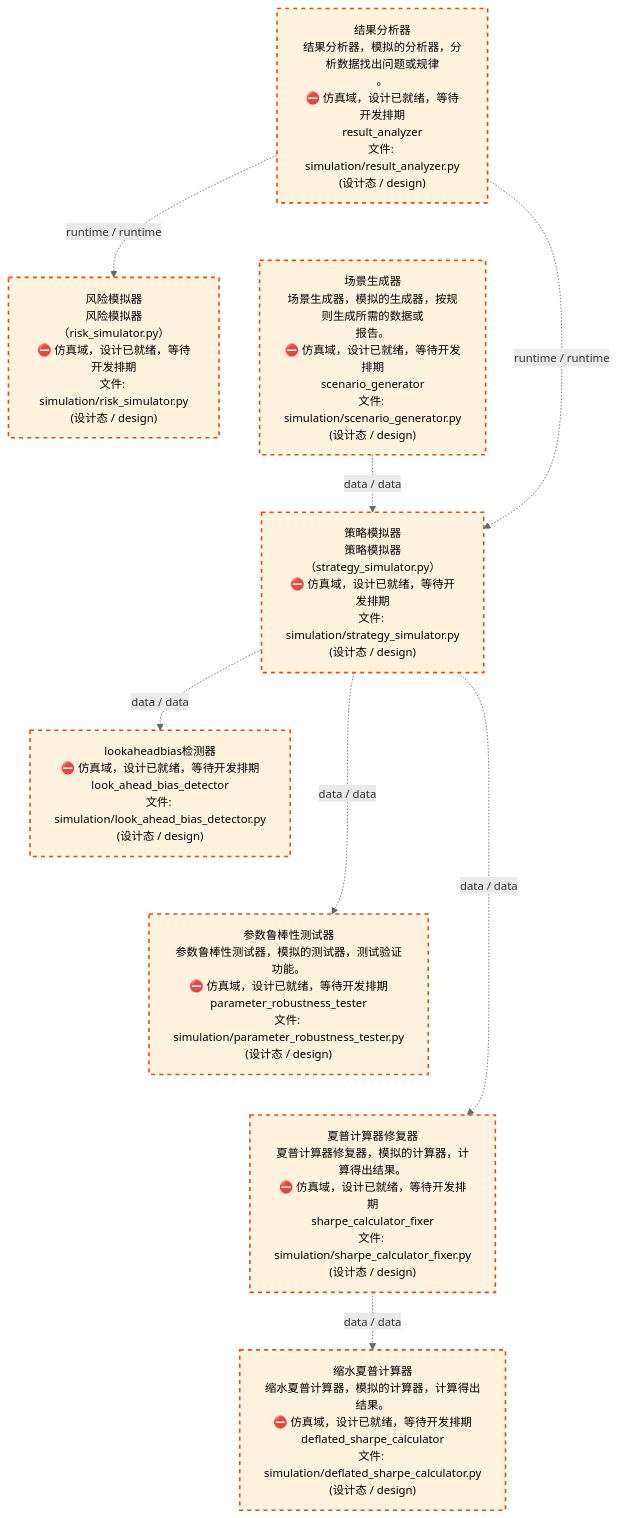
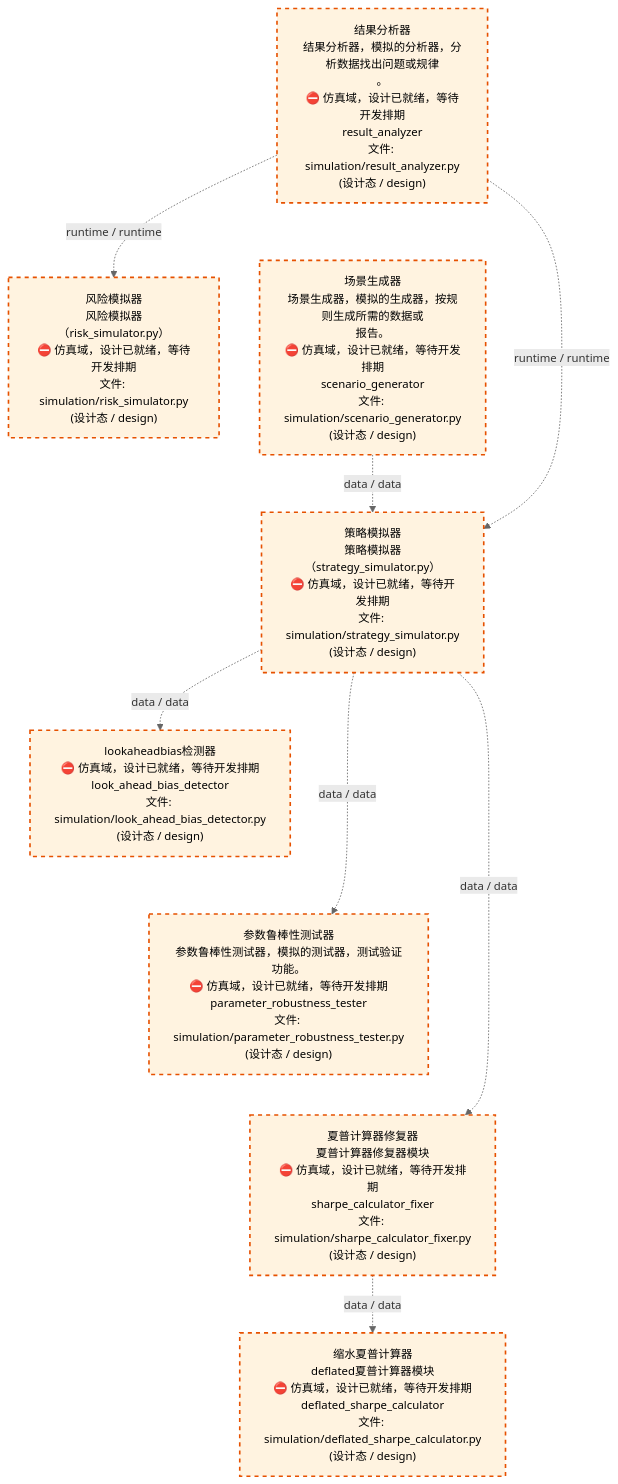
One commit to xuanFelixVan/ZephyrAlpha changed the third of 4 diagrams in docs/02_enterprise_architecture/02_domain_architecture_docs/70_d_simulation.md. Above: the diagram before and after it, drawn with Mermaid. The commit also changed other lines of this file and 58 other files, not shown here.

````diff
--- a/docs/02_enterprise_architecture/02_domain_architecture_docs/70_d_simulation.md
+++ b/docs/02_enterprise_architecture/02_domain_architecture_docs/70_d_simulation.md
@@ -112,28 +112,28 @@
 ```mermaid
 %%{init: {'theme': 'base', 'themeVariables': {'primaryColor': '#eaeaea', 'primaryTextColor': '#333333', 'primaryBorderColor': '#666666', 'lineColor': '#666666', 'secondaryColor': '#eaeaea', 'tertiaryColor': '#eaeaea', 'fontSize': '14px'}}}%%
 flowchart TD
     src_zephyr_simulation_result_analyzer_py["结果分析器<br/>结果分析器，模拟的分析器，分析数据找出问题或规律<br/>。<br/>⛔ 仿真域，设计已就绪，等待开发排期<br/>result_analyzer<br/>文件: simulation/result_analyzer.py<br/>(设计态 / design)"]
     src_zephyr_simulation_scenario_generator_py["场景生成器<br/>场景生成器，模拟的生成器，按规则生成所需的数据或<br/>报告。<br/>⛔ 仿真域，设计已就绪，等待开发排期<br/>scenario_generator<br/>文件: simulation/scenario_generator.py<br/>(设计态 / design)"]
     src_zephyr_simulation_result_analyzer_py ~~~ src_zephyr_simulation_scenario_generator_py
     src_zephyr_simulation_risk_simulator_py["风险模拟器<br/>风险模拟器（risk_simulator.py）<br/>⛔ 仿真域，设计已就绪，等待开发排期<br/>文件: simulation/risk_simulator.py<br/>(设计态 / design)"]
     src_zephyr_simulation_strategy_simulator_py["策略模拟器<br/>策略模拟器（strategy_simulator.py）<br/>⛔ 仿真域，设计已就绪，等待开发排期<br/>文件: simulation/strategy_simulator.py<br/>(设计态 / design)"]
     src_zephyr_simulation_risk_simulator_py ~~~ src_zephyr_simulation_strategy_simulator_py
     src_zephyr_simulation_look_ahead_bias_detector_py["lookaheadbias检测器<br/>⛔ 仿真域，设计已就绪，等待开发排期<br/>look_ahead_bias_detector<br/>文件: simulation/look_ahead_bias_detector.py<br/>(设计态 / design)"]
     src_zephyr_simulation_parameter_robustness_tester_py["参数鲁棒性测试器<br/>参数鲁棒性测试器，模拟的测试器，测试验证功能。<br/>⛔ 仿真域，设计已就绪，等待开发排期<br/>parameter_robustness_tester<br/>文件: simulation/parameter_robustness_tester.py<br/>(设计态 / design)"]
-    src_zephyr_simulation_sharpe_calculator_fixer_py["夏普计算器修复器<br/>夏普计算器修复器，模拟的计算器，计算得出结果。<br/>⛔ 仿真域，设计已就绪，等待开发排期<br/>sharpe_calculator_fixer<br/>文件: simulation/sharpe_calculator_fixer.py<br/>(设计态 / design)"]
+    src_zephyr_simulation_sharpe_calculator_fixer_py["夏普计算器修复器<br/>夏普计算器修复器模块<br/>⛔ 仿真域，设计已就绪，等待开发排期<br/>sharpe_calculator_fixer<br/>文件: simulation/sharpe_calculator_fixer.py<br/>(设计态 / design)"]
     src_zephyr_simulation_look_ahead_bias_detector_py ~~~ src_zephyr_simulation_parameter_robustness_tester_py
     src_zephyr_simulation_parameter_robustness_tester_py ~~~ src_zephyr_simulation_sharpe_calculator_fixer_py
-    src_zephyr_simulation_deflated_sharpe_calculator_py["缩水夏普计算器<br/>缩水夏普计算器，模拟的计算器，计算得出结果。<br/>⛔ 仿真域，设计已就绪，等待开发排期<br/>deflated_sharpe_calculator<br/>文件: simulation/deflated_sharpe_calculator.py<br/>(设计态 / design)"]
+    src_zephyr_simulation_deflated_sharpe_calculator_py["缩水夏普计算器<br/>deflated夏普计算器模块<br/>⛔ 仿真域，设计已就绪，等待开发排期<br/>deflated_sharpe_calculator<br/>文件: simulation/deflated_sharpe_calculator.py<br/>(设计态 / design)"]
     src_zephyr_simulation_strategy_simulator_py -.->|data / data| src_zephyr_simulation_parameter_robustness_tester_py
     src_zephyr_simulation_strategy_simulator_py -.->|data / data| src_zephyr_simulation_look_ahead_bias_detector_py
     src_zephyr_simulation_strategy_simulator_py -.->|data / data| src_zephyr_simulation_sharpe_calculator_fixer_py
     src_zephyr_simulation_scenario_generator_py -.->|data / data| src_zephyr_simulation_strategy_simulator_py
     src_zephyr_simulation_result_analyzer_py -.->|runtime / runtime| src_zephyr_simulation_strategy_simulator_py
     src_zephyr_simulation_result_analyzer_py -.->|runtime / runtime| src_zephyr_simulation_risk_simulator_py
     src_zephyr_simulation_sharpe_calculator_fixer_py -.->|data / data| src_zephyr_simulation_deflated_sharpe_calculator_py
     classDef production fill:#e1f5fe,stroke:#01579b,stroke-width:2px,color:#000
     classDef design fill:#fff3e0,stroke:#e65100,stroke-width:2px,color:#000,stroke-dasharray: 5 5
     classDef external_prod fill:#e8f4fd,stroke:#0277bd,stroke-width:1px,color:#000
     classDef external_design fill:#fff8e7,stroke:#ef6c00,stroke-width:1px,color:#000,stroke-dasharray: 5 5
     class src_zephyr_simulation_deflated_sharpe_calculator_py,src_zephyr_simulation_look_ahead_bias_detector_py,src_zephyr_simulation_parameter_robustness_tester_py,src_zephyr_simulation_result_analyzer_py,src_zephyr_simulation_risk_simulator_py,src_zephyr_simulation_scenario_generator_py,src_zephyr_simulation_sharpe_calculator_fixer_py,src_zephyr_simulation_strategy_simulator_py design
 ```
````
